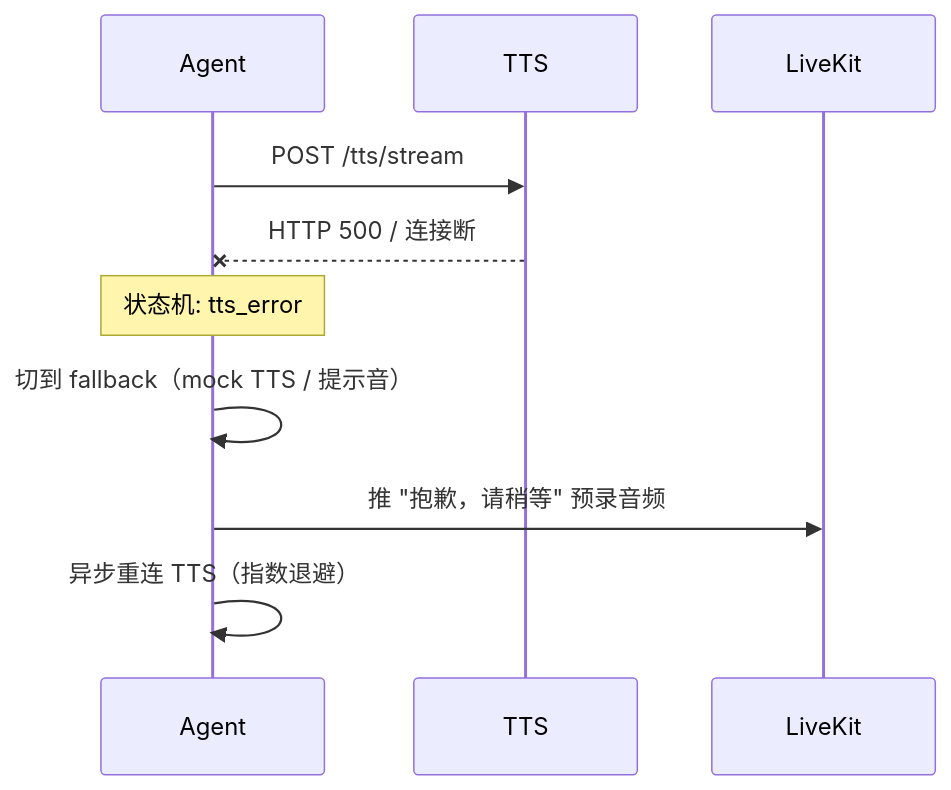
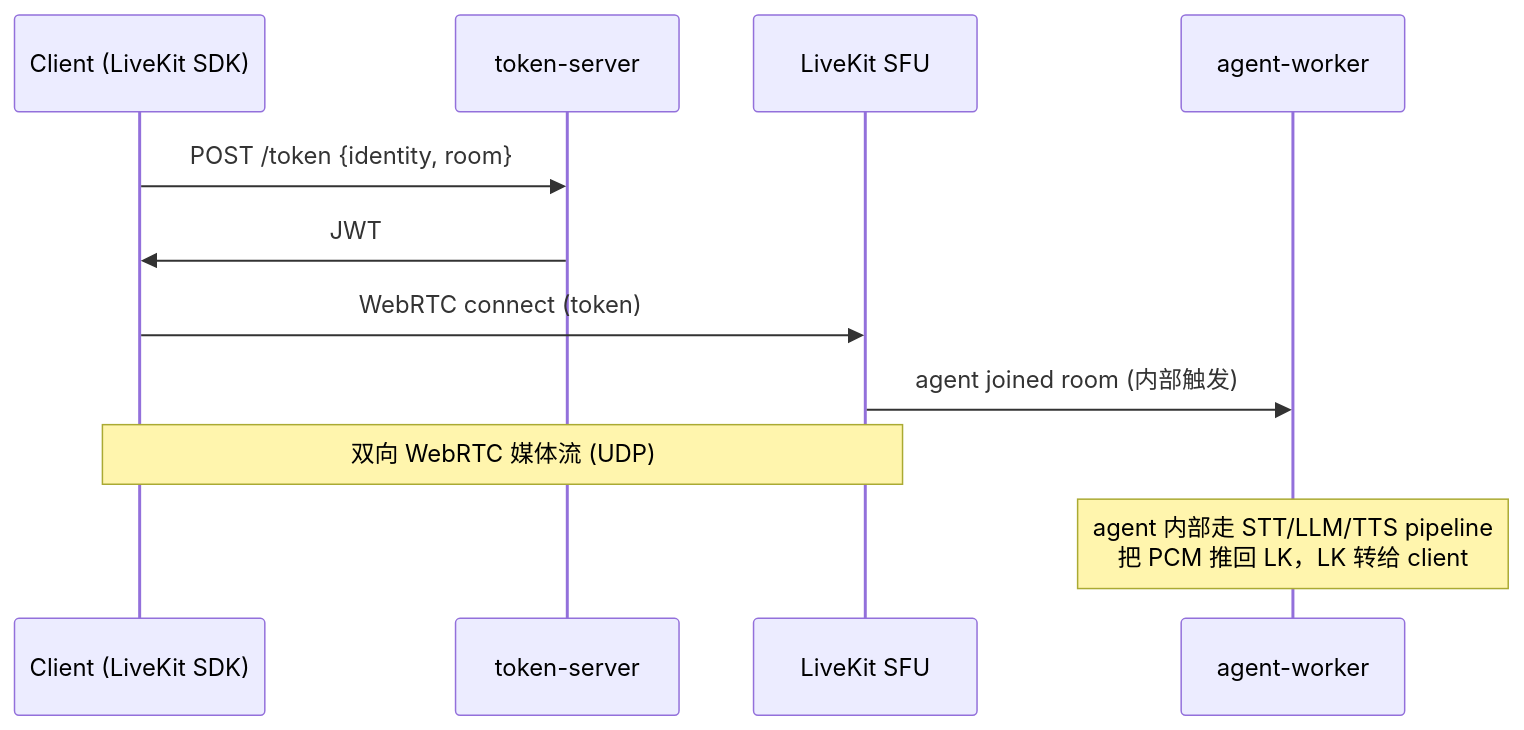
One commit to zinohome/RTVoice changed the fifth of 5 diagrams in ARCHITECTURE.md. Above: the diagram before and after it, drawn with Mermaid. The commit also changed other lines of this file and 1 other file, not shown here.

First line of the commit message:
docs(ARCHITECTURE): 重写为 platform-first 7 章节结构 (SP1)

````diff
--- a/ARCHITECTURE.md
+++ b/ARCHITECTURE.md
@@ -227,13 +271,13 @@
 ```mermaid
 sequenceDiagram
-    participant A as Agent
-    participant T as TTS
-    participant LK as LiveKit
-
-    A->>T: POST /tts/stream
-    T--xA: HTTP 500 / 连接断
-    Note over A: 状态机: tts_error
-    A->>A: 切到 fallback（mock TTS / 提示音）
-    A->>LK: 推 "抱歉，请稍等" 预录音频
-    A->>A: 异步重连 TTS（指数退避）
+    participant C as Client (LiveKit SDK)
+    participant TS as token-server
+    participant LK as LiveKit SFU
+    participant AW as agent-worker
+    C->>TS: POST /token {identity, room}
+    TS->>C: JWT
+    C->>LK: WebRTC connect (token)
+    LK->>AW: agent joined room (内部触发)
+    Note over C,LK: 双向 WebRTC 媒体流 (UDP)
+    Note over AW: agent 内部走 STT/LLM/TTS pipeline<br/>把 PCM 推回 LK，LK 转给 client
 ```
````
